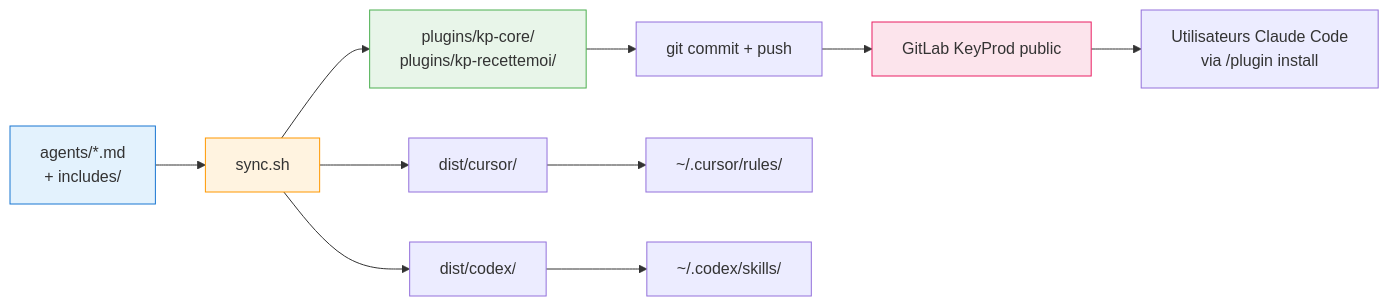
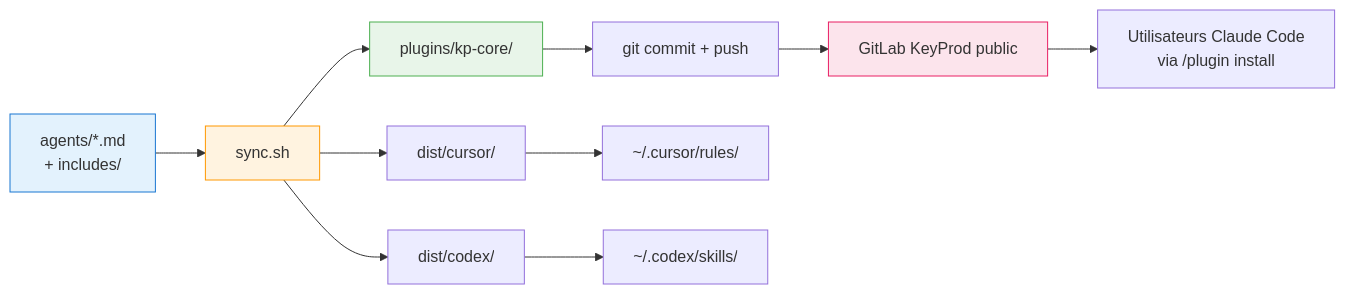
The diagram in docs/architect.md (KeyProd/kp-agents), drawn with Mermaid before and after one commit. The commit also changed other lines of this file and 4 other files, not shown here.

First line of the commit message:
feat: remove recettemoi agents and update architecture to single kp-core plugin

````diff
--- a/docs/architect.md
+++ b/docs/architect.md
@@ -92,22 +84,22 @@
 ```mermaid
 flowchart LR
     SRC["agents/*.md<br/>+ includes/"]
     SYNC["sync.sh"]
     SRC --> SYNC
 
-    SYNC --> PLUGINS["plugins/kp-core/<br/>plugins/kp-recettemoi/"]
+    SYNC --> PLUGINS["plugins/kp-core/"]
     SYNC --> CURSOR["dist/cursor/"]
     SYNC --> CODEX["dist/codex/"]
 
     PLUGINS --> COMMIT["git commit + push"]
     CURSOR --> INSTALL_CURSOR["~/.cursor/rules/"]
     CODEX --> INSTALL_CODEX["~/.codex/skills/"]
 
     COMMIT --> GITLAB["GitLab KeyProd public"]
     GITLAB --> CLAUDE["Utilisateurs Claude Code<br/>via /plugin install"]
 
     style SRC fill:#e3f2fd,stroke:#1976D2
     style SYNC fill:#fff3e0,stroke:#FF9800
     style PLUGINS fill:#e8f5e9,stroke:#4CAF50
     style GITLAB fill:#fce4ec,stroke:#E91E63
 ```
````
